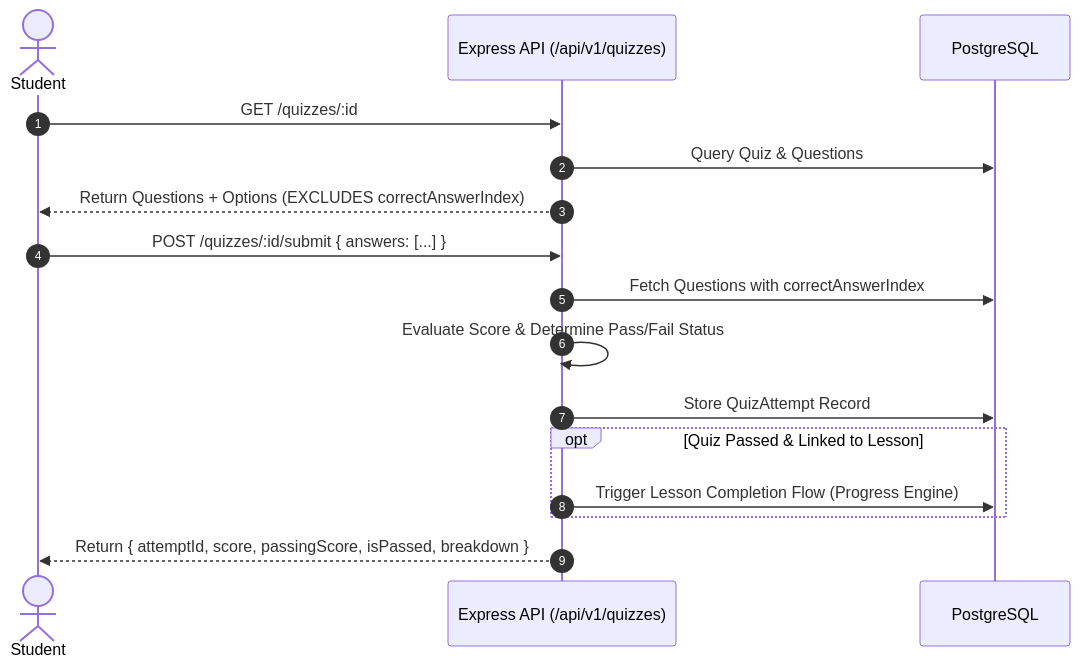
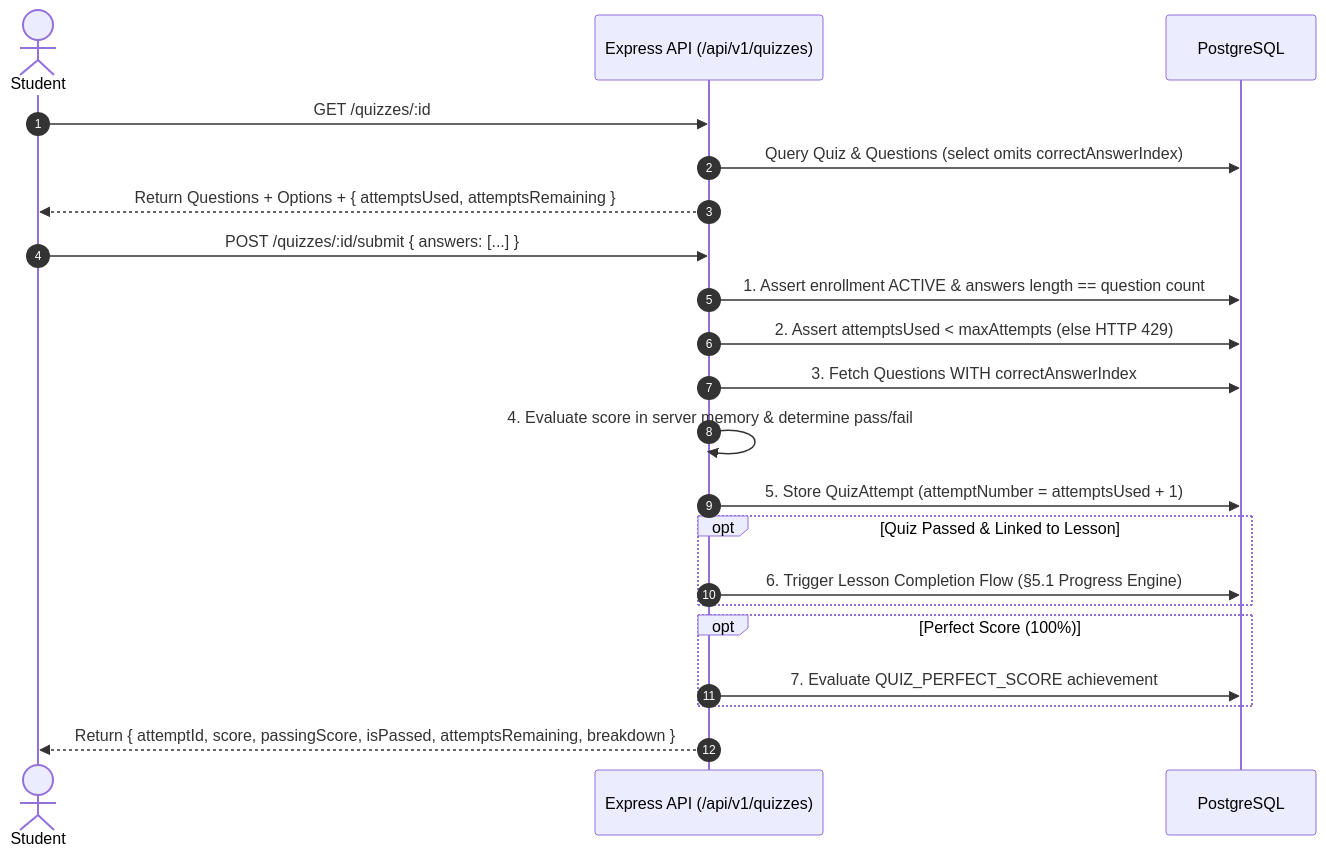
Before and after one commit to NashLucas/EduSphere: the fourth of 8 diagrams in EduTRD.md, drawn with Mermaid. The commit also changed other lines of this file and 1 other file, not shown here.

````diff
--- a/EduTRD.md
+++ b/EduTRD.md
@@ -913,22 +1128,28 @@
 ```mermaid
 sequenceDiagram
     autonumber
     actor Student
     participant API as Express API (/api/v1/quizzes)
     participant DB as PostgreSQL
 
     Student->>API: GET /quizzes/:id
-    API->>DB: Query Quiz & Questions
-    API-->>Student: Return Questions + Options (EXCLUDES correctAnswerIndex)
+    API->>DB: Query Quiz & Questions (select omits correctAnswerIndex)
+    API-->>Student: Return Questions + Options + { attemptsUsed, attemptsRemaining }
 
     Student->>API: POST /quizzes/:id/submit { answers: [...] }
-    API->>DB: Fetch Questions with correctAnswerIndex
-    API->>API: Evaluate Score & Determine Pass/Fail Status
-    API->>DB: Store QuizAttempt Record
+    API->>DB: 1. Assert enrollment ACTIVE & answers length == question count
+    API->>DB: 2. Assert attemptsUsed < maxAttempts (else HTTP 429)
+    API->>DB: 3. Fetch Questions WITH correctAnswerIndex
+    API->>API: 4. Evaluate score in server memory & determine pass/fail
+    API->>DB: 5. Store QuizAttempt (attemptNumber = attemptsUsed + 1)
 
     opt Quiz Passed & Linked to Lesson
-        API->>DB: Trigger Lesson Completion Flow (Progress Engine)
+        API->>DB: 6. Trigger Lesson Completion Flow (§5.1 Progress Engine)
     end
 
-    API-->>Student: Return { attemptId, score, passingScore, isPassed, breakdown }
+    opt Perfect Score (100%)
+        API->>DB: 7. Evaluate QUIZ_PERFECT_SCORE achievement
+    end
+
+    API-->>Student: Return { attemptId, score, passingScore, isPassed, attemptsRemaining, breakdown }
 ```
````
